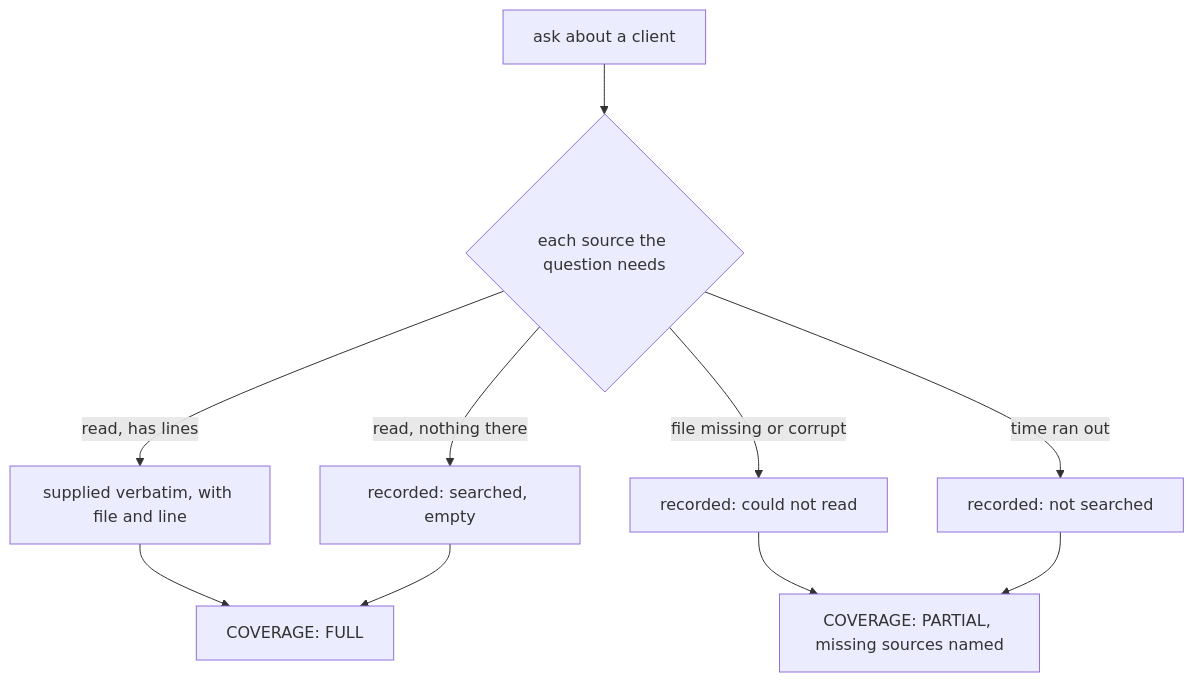
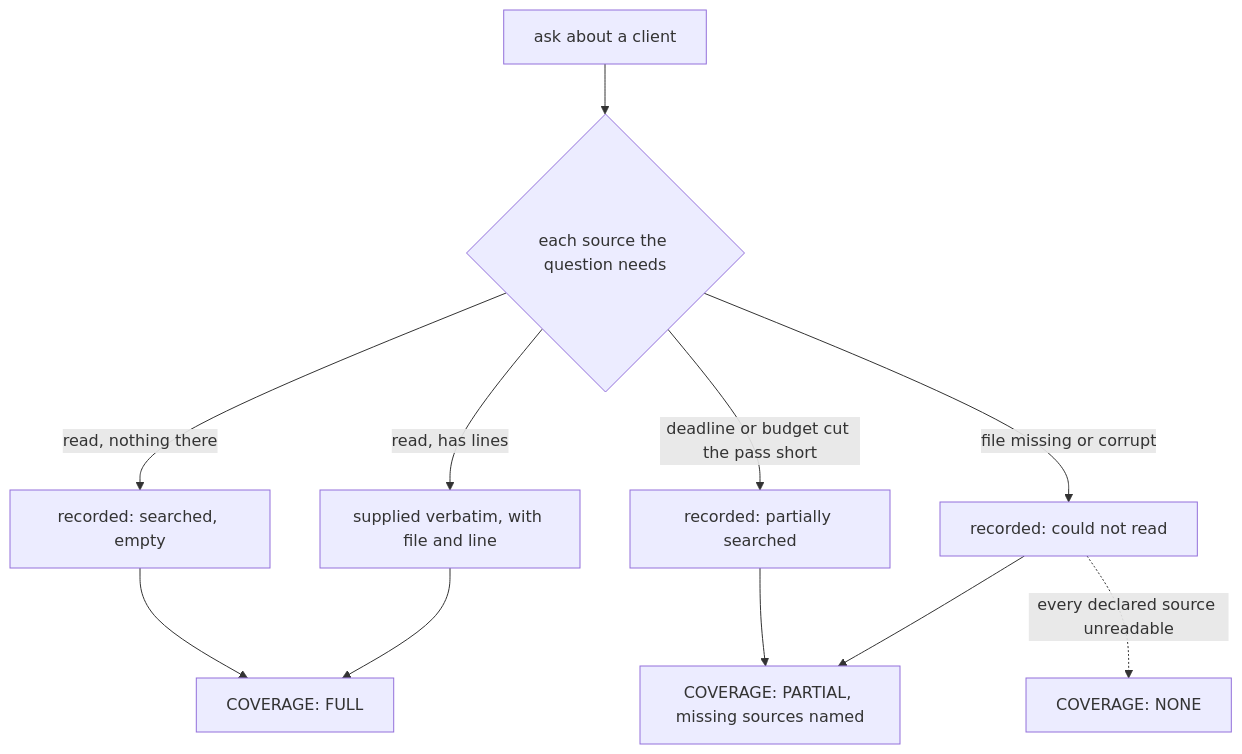
Before and after one commit to assafkip/q-founder-os: the second of 7 diagrams in README.md, drawn with Mermaid. The commit also changed other lines of this file, not shown here.

````diff
--- a/README.md
+++ b/README.md
@@ -68,12 +76,13 @@
 ```mermaid
 flowchart TB
     Q["ask about a client"] --> S{"each source the question needs"}
     S -->|"read, has lines"| A["supplied verbatim, with file and line"]
     S -->|"read, nothing there"| B["recorded: searched, empty"]
     S -->|"file missing or corrupt"| C["recorded: could not read"]
-    S -->|"time ran out"| D["recorded: not searched"]
+    S -->|"deadline or budget cut the pass short"| D["recorded: partially searched"]
     A --> F["COVERAGE: FULL"]
     B --> F
     C --> P["COVERAGE: PARTIAL, missing sources named"]
     D --> P
+    C -. "every declared source unreadable" .-> N["COVERAGE: NONE"]
 ```
````
